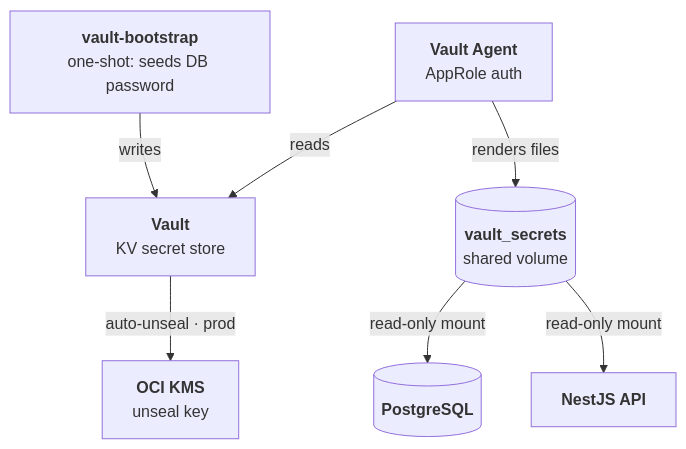
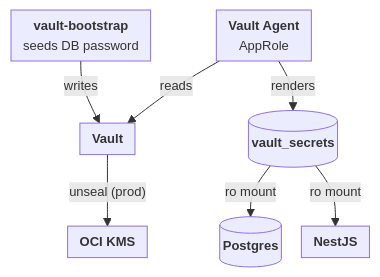
The second of 3 diagrams in README.md (socah/bggg), drawn with Mermaid before and after one commit. The commit also changed other lines of this file, not shown here.

First line of the commit message:
Make README diagrams more compact

````diff
--- a/README.md
+++ b/README.md
@@ -103,17 +105,26 @@
 ```mermaid
+---
+config:
+  flowchart:
+    nodeSpacing: 20
+    rankSpacing: 30
+    padding: 6
+  themeVariables:
+    fontSize: 13px
+---
 flowchart TB
-    kms["<b>OCI KMS</b><br/>unseal key"]
-    vault["<b>Vault</b><br/>KV secret store"]
-    bootstrap["<b>vault-bootstrap</b><br/>one-shot: seeds DB password"]
-    agent["<b>Vault Agent</b><br/>AppRole auth"]
-    volume[("<b>vault_secrets</b><br/>shared volume")]
-    db[("<b>PostgreSQL</b>")]
-    api["<b>NestJS API</b>"]
+    bootstrap["<b>vault-bootstrap</b><br/>seeds DB password"]
+    agent["<b>Vault Agent</b><br/>AppRole"]
+    vault["<b>Vault</b>"]
+    kms["<b>OCI KMS</b>"]
+    volume[("<b>vault_secrets</b>")]
+    db[("<b>Postgres</b>")]
+    api["<b>NestJS</b>"]
 
-    vault -->|auto-unseal · prod| kms
     bootstrap -->|writes| vault
     agent -->|reads| vault
-    agent -->|renders files| volume
-    volume -->|read-only mount| db
-    volume -->|read-only mount| api
+    vault -->|"unseal (prod)"| kms
+    agent -->|renders| volume
+    volume -->|ro mount| db
+    volume -->|ro mount| api
 ```
````
